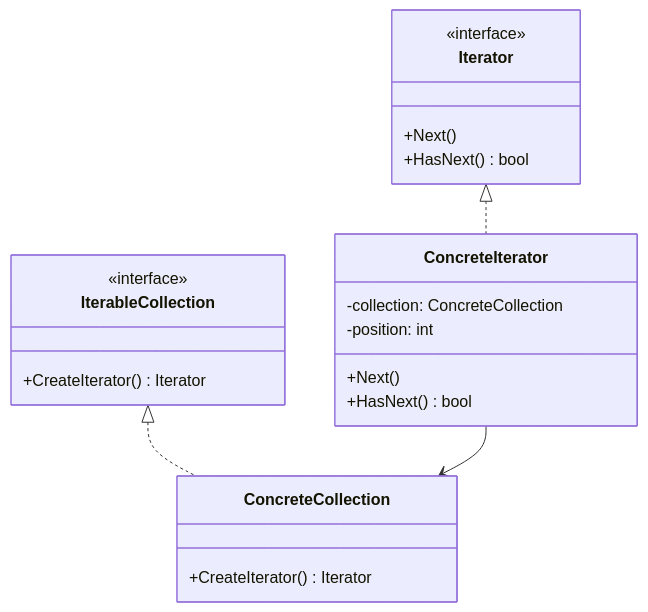
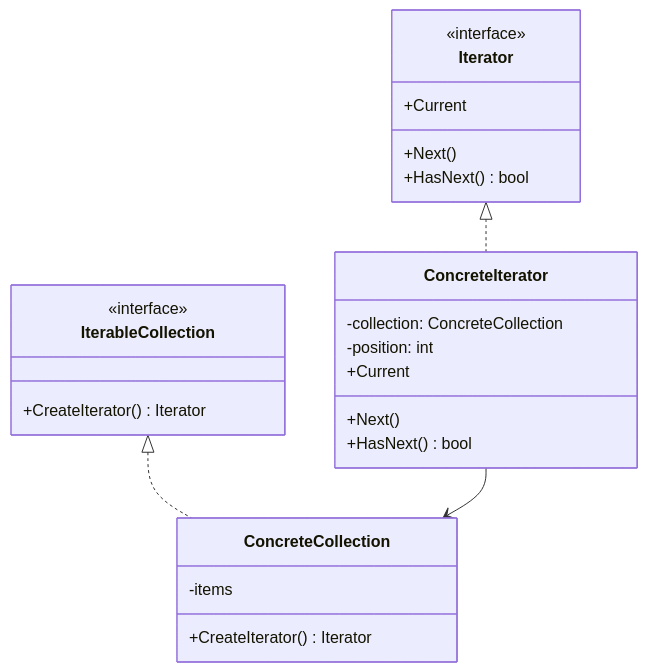
The third of 11 diagrams in raw/cs/design-patterns/behavioral-patterns.md (minijb/Wiki), drawn with Mermaid before and after one commit. The commit also changed other lines of this file and 962 other files, not shown here.

````diff
--- a/raw/cs/design-patterns/behavioral-patterns.md
+++ b/raw/cs/design-patterns/behavioral-patterns.md
@@ -285,25 +377,28 @@
 ```mermaid
 classDiagram
     class IterableCollection {
         <<interface>>
         +CreateIterator() Iterator
     }
     class ConcreteCollection {
+        -items
         +CreateIterator() Iterator
     }
     class Iterator {
         <<interface>>
         +Next()
         +HasNext() bool
+        +Current
     }
     class ConcreteIterator {
         -collection: ConcreteCollection
         -position: int
         +Next()
         +HasNext() bool
+        +Current
     }
 
     IterableCollection <|.. ConcreteCollection
     Iterator <|.. ConcreteIterator
     ConcreteIterator --> ConcreteCollection
 ```
````
